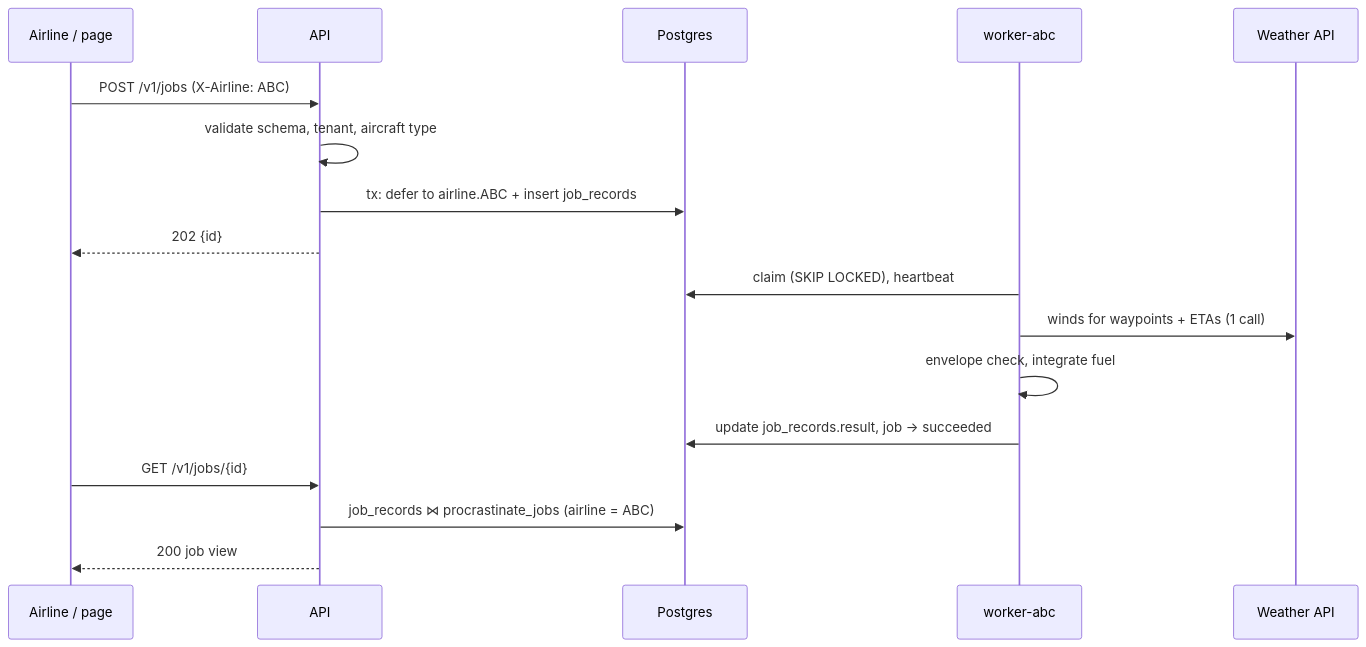
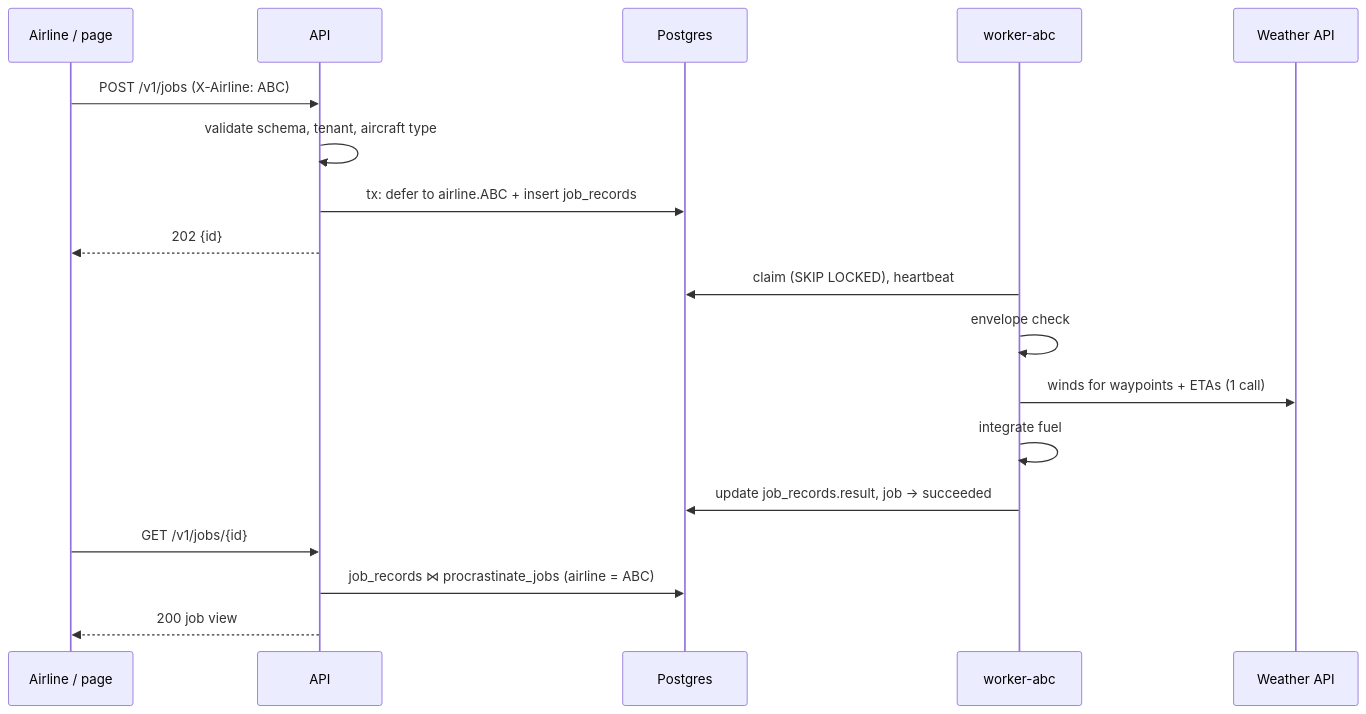
The third of 3 diagrams in ARCHITECTURE.md (j04n-f/OptiFuel), drawn with Mermaid before and after one commit. The commit also changed 3 other files, not shown here.

````diff
--- a/ARCHITECTURE.md
+++ b/ARCHITECTURE.md
@@ -146,20 +146,21 @@
 ```mermaid
 sequenceDiagram
     participant C as Airline / page
     participant A as API
     participant P as Postgres
     participant W as worker-abc
     participant X as Weather API
 
     C->>A: POST /v1/jobs (X-Airline: ABC)
     A->>A: validate schema, tenant, aircraft type
     A->>P: tx: defer to airline.ABC + insert job_records
     A-->>C: 202 {id}
     W->>P: claim (SKIP LOCKED), heartbeat
+    W->>W: envelope check
     W->>X: winds for waypoints + ETAs (1 call)
-    W->>W: envelope check, integrate fuel
+    W->>W: integrate fuel
     W->>P: update job_records.result, job → succeeded
     C->>A: GET /v1/jobs/{id}
     A->>P: job_records ⋈ procrastinate_jobs (airline = ABC)
     A-->>C: 200 job view
 ```
````
